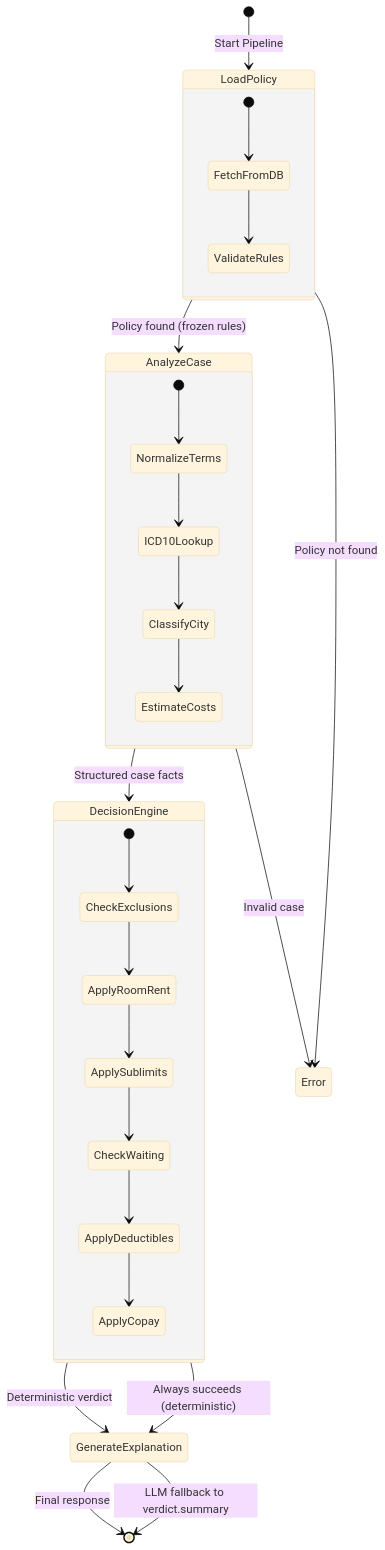
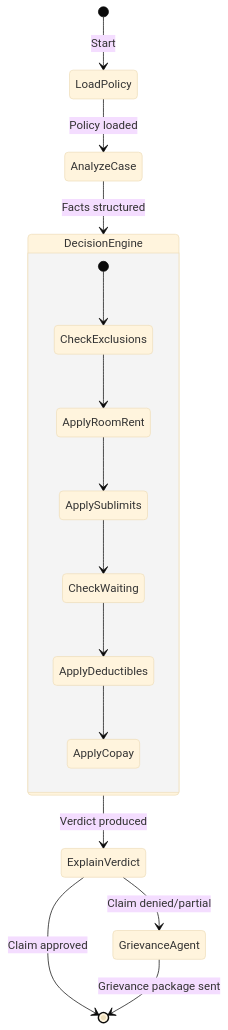
Before and after one commit to sharma-sugurthi/SecureShield: the second of 2 diagrams in README.md, drawn with Mermaid (base theme). The commit also changed other lines of this file, not shown here.

````diff
--- a/README.md
+++ b/README.md
@@ -135,34 +140,19 @@
 ```mermaid
 stateDiagram-v2
-    [*] --> LoadPolicy: Start Pipeline
-    LoadPolicy --> AnalyzeCase: Policy found (frozen rules)
-    AnalyzeCase --> DecisionEngine: Structured case facts
-    DecisionEngine --> GenerateExplanation: Deterministic verdict
-    GenerateExplanation --> [*]: Final response
-
-    LoadPolicy --> Error: Policy not found
-    AnalyzeCase --> Error: Invalid case
-    DecisionEngine --> GenerateExplanation: Always succeeds (deterministic)
-    GenerateExplanation --> [*]: LLM fallback to verdict.summary
-
-    state LoadPolicy {
-        [*] --> FetchFromDB
-        FetchFromDB --> ValidateRules
-    }
-
-    state AnalyzeCase {
-        [*] --> NormalizeTerms
-        NormalizeTerms --> ICD10Lookup
-        ICD10Lookup --> ClassifyCity
-        ClassifyCity --> EstimateCosts
-    }
+    [*] --> LoadPolicy: Start
+    LoadPolicy --> AnalyzeCase: Policy loaded
+    AnalyzeCase --> DecisionEngine: Facts structured
+    DecisionEngine --> ExplainVerdict: Verdict produced
+    ExplainVerdict --> GrievanceAgent: Claim denied/partial
+    ExplainVerdict --> [*]: Claim approved
+    GrievanceAgent --> [*]: Grievance package sent
 
     state DecisionEngine {
         [*] --> CheckExclusions
         CheckExclusions --> ApplyRoomRent
         ApplyRoomRent --> ApplySublimits
         ApplySublimits --> CheckWaiting
         CheckWaiting --> ApplyDeductibles
         ApplyDeductibles --> ApplyCopay
     }
 ```
````
